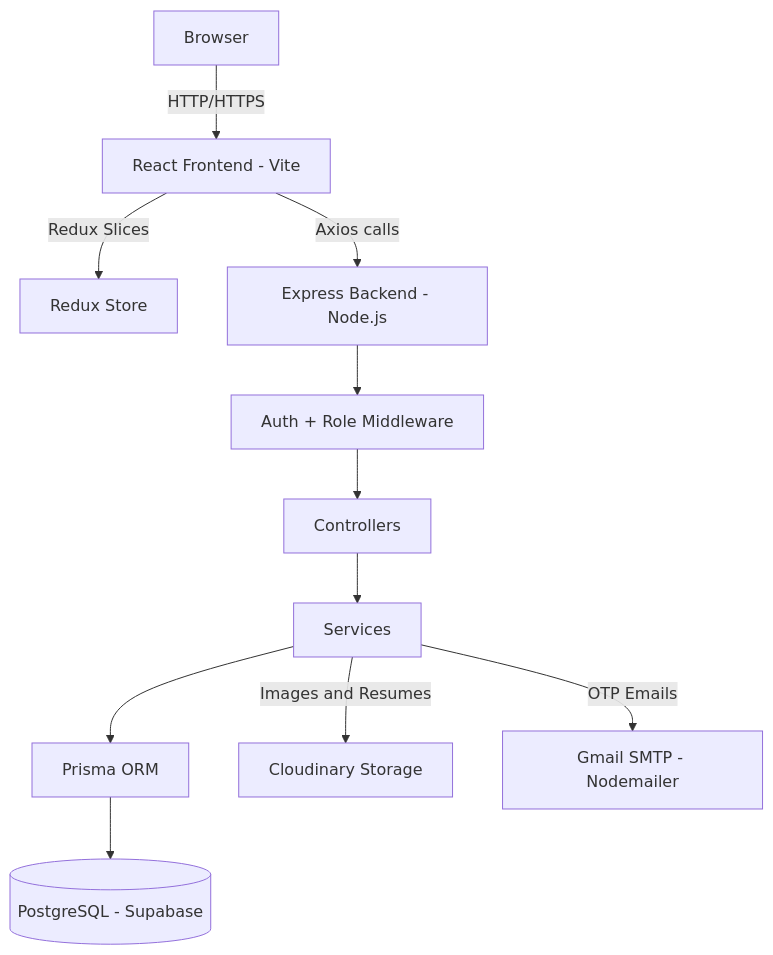
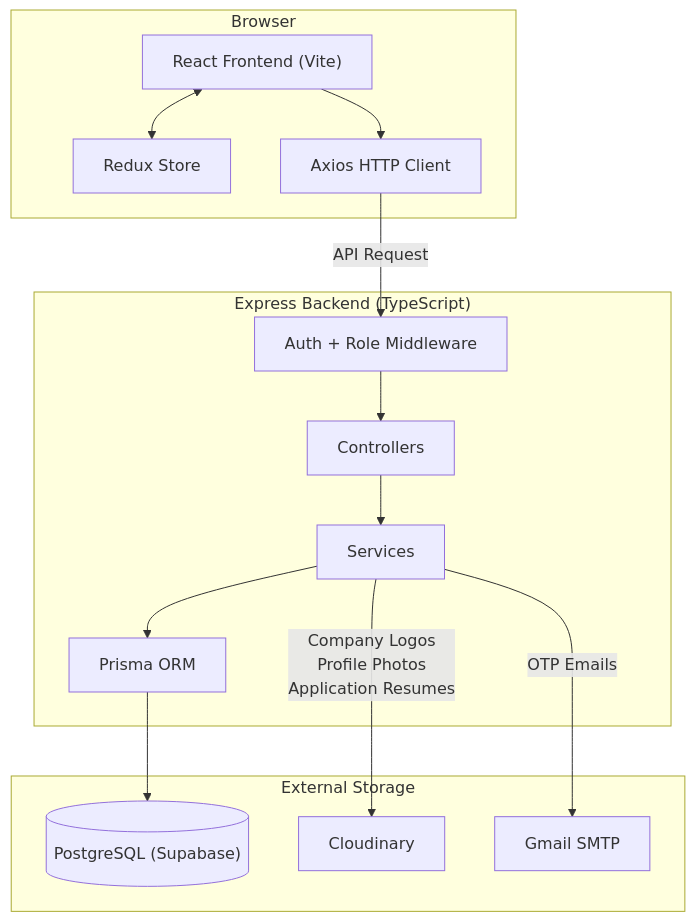
One commit to paldhaduk7-png/Mini-Placement-Portal changed the second of 11 diagrams in README.md. Above: the diagram before and after it, drawn with Mermaid. The commit also changed other lines of this file, not shown here.

Commit message:
docs: Improve README diagrams and workflow explanations

````diff
--- a/README.md
+++ b/README.md
@@ -126,13 +126,31 @@
 ```mermaid
-graph TD
-    Browser -->|HTTP/HTTPS| React[React Frontend - Vite]
-    React -->|Redux Slices| Store[Redux Store]
-    React -->|Axios calls| Backend[Express Backend - Node.js]
-    Backend --> Middleware[Auth + Role Middleware]
-    Middleware --> Controllers[Controllers]
-    Controllers --> Services[Services]
-    Services --> Prisma[Prisma ORM]
-    Prisma --> DB[(PostgreSQL - Supabase)]
-    Services -->|Images and Resumes| Cloudinary[Cloudinary Storage]
-    Services -->|OTP Emails| SMTP[Gmail SMTP - Nodemailer]
+flowchart TD
+    subgraph Client["Browser"]
+        FE["React Frontend (Vite)"]
+        RX["Redux Store"]
+        AX["Axios HTTP Client"]
+        FE <--> RX
+        FE --> AX
+    end
+
+    subgraph Backend["Express Backend (TypeScript)"]
+        MW["Auth + Role Middleware"]
+        CT["Controllers"]
+        SV["Services"]
+        PO["Prisma ORM"]
+        AX -->|API Request| MW
+        MW --> CT
+        CT --> SV
+        SV --> PO
+    end
+
+    subgraph Storage["External Storage"]
+        DB[("PostgreSQL (Supabase)")]
+        CL["Cloudinary"]
+        ML["Gmail SMTP"]
+    end
+
+    PO --> DB
+    SV -->|"Company Logos\nProfile Photos\nApplication Resumes"| CL
+    SV -->|OTP Emails| ML
 ```
````
